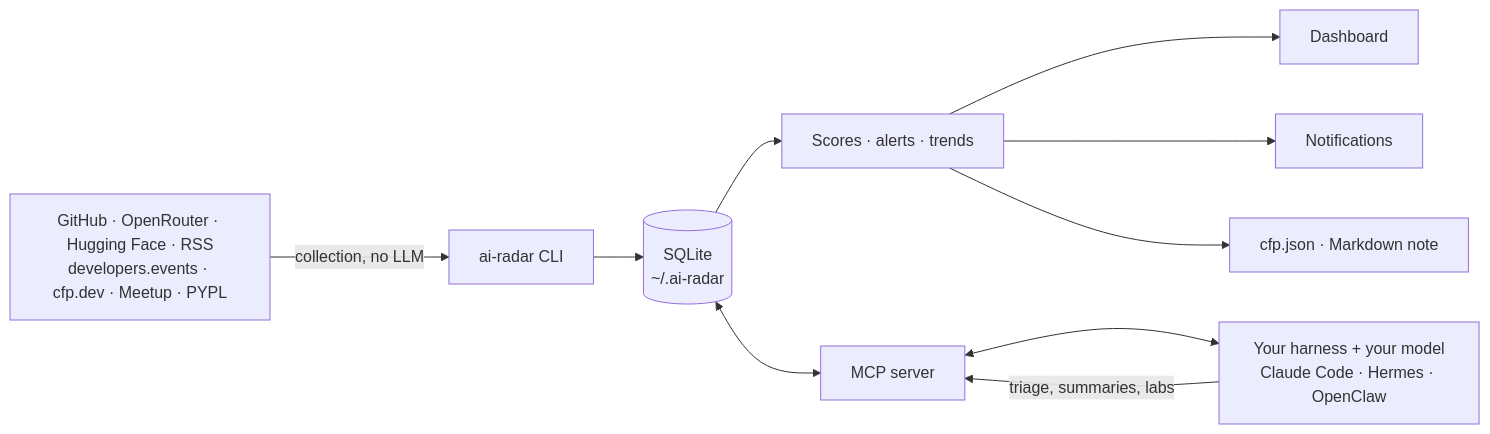
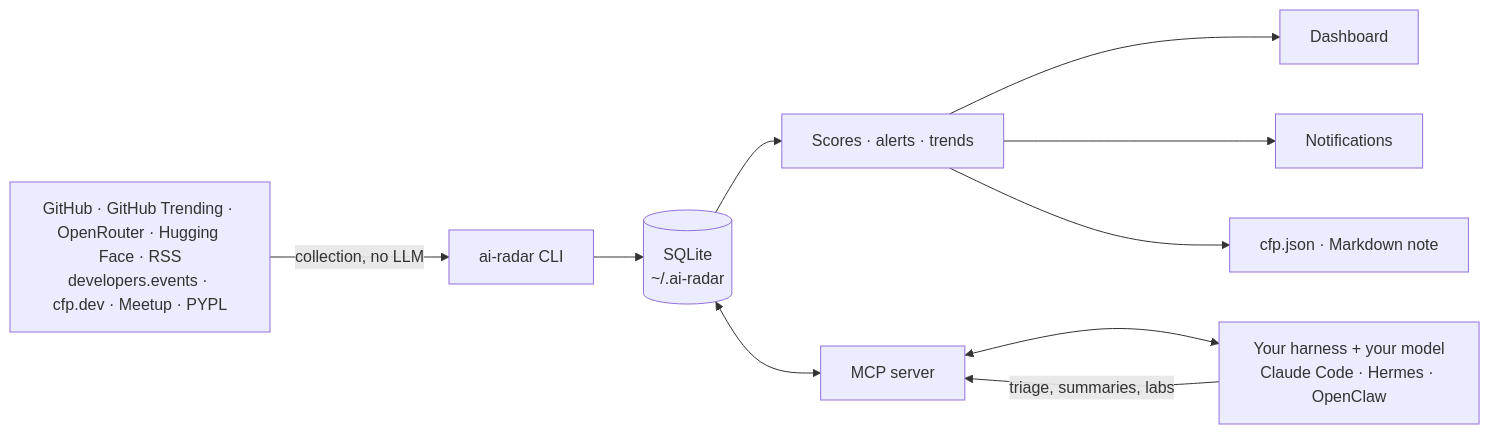
One commit to mekkiamiri/harness-catalog changed the diagram in plugins/ai-radar/README.md. Above: the diagram before and after it, drawn with Mermaid. The commit also changed other lines of this file and 7 other files, not shown here.

First line of the commit message:
ai-radar 0.1.2: GitHub Trending source for older AI repos that take off

````diff
--- a/plugins/ai-radar/README.md
+++ b/plugins/ai-radar/README.md
@@ -92,12 +92,12 @@
 ```mermaid
 flowchart LR
-    S[GitHub · OpenRouter · Hugging Face · RSS<br/>developers.events · cfp.dev · Meetup · PYPL] -->|collection, no LLM| C[ai-radar CLI]
+    S[GitHub · GitHub Trending · OpenRouter · Hugging Face · RSS<br/>developers.events · cfp.dev · Meetup · PYPL] -->|collection, no LLM| C[ai-radar CLI]
     C --> DB[(SQLite<br/>~/.ai-radar)]
     DB --> SC[Scores · alerts · trends]
     SC --> D[Dashboard]
     SC --> N[Notifications]
     SC --> X[cfp.json · Markdown note]
     DB <--> MCP[MCP server]
     MCP <--> H[Your harness + your model<br/>Claude Code · Hermes · OpenClaw]
     H -->|triage, summaries, labs| MCP
 ```
````
